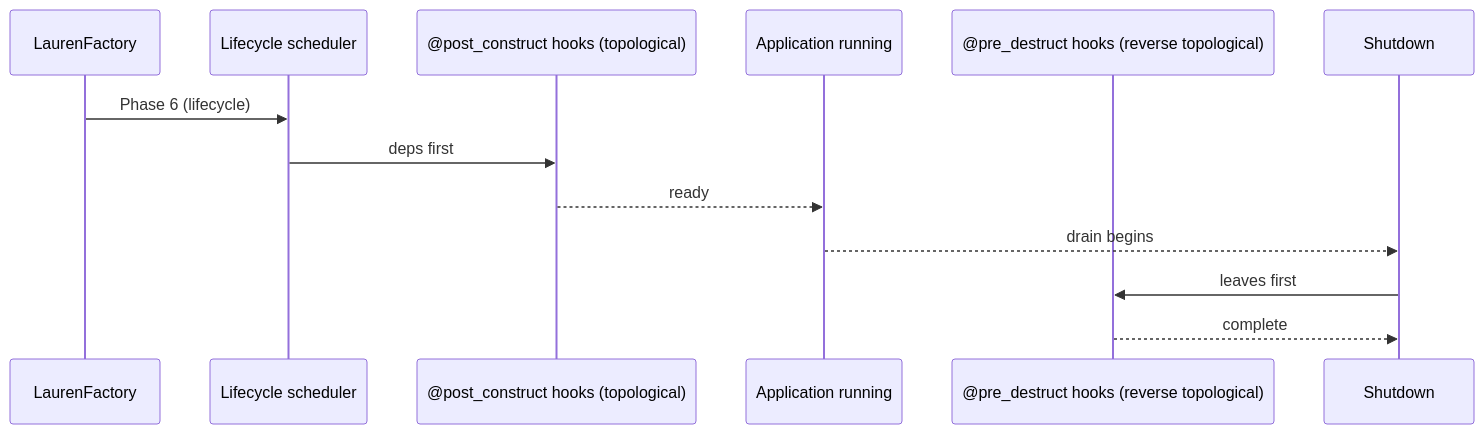
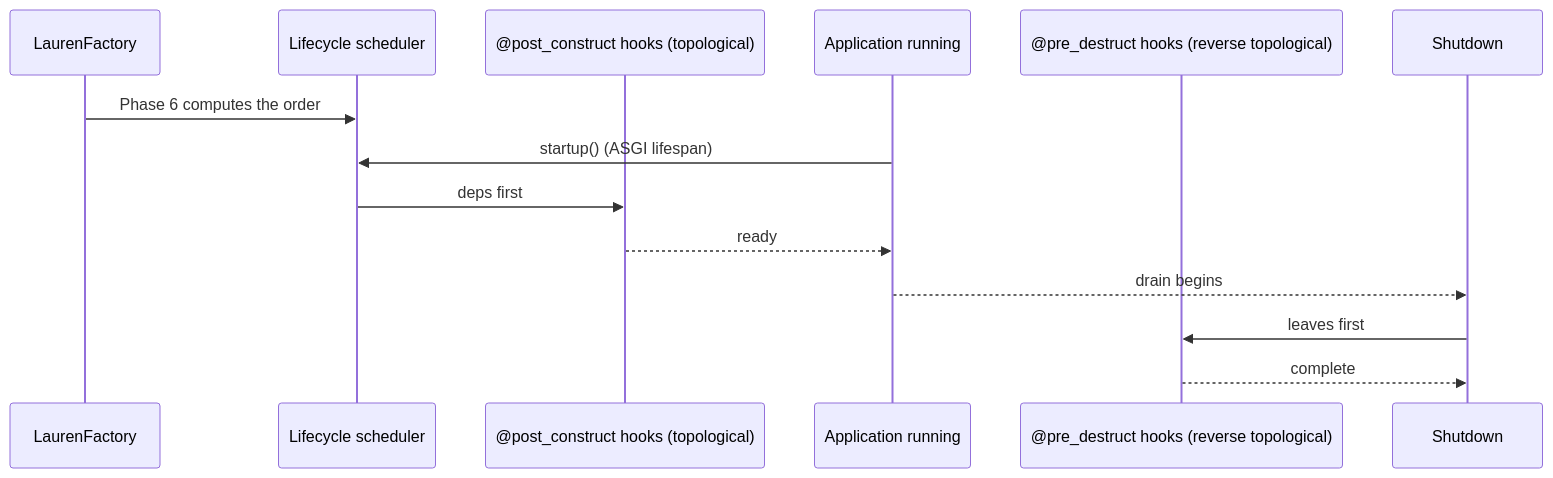
One commit to lauren-framework/lauren-framework changed the diagram in docs/core-concepts/lifecycle.md. Above: the diagram before and after it, drawn with Mermaid. The commit also changed other lines of this file and 114 other files, not shown here.

````diff
--- a/docs/core-concepts/lifecycle.md
+++ b/docs/core-concepts/lifecycle.md
@@ -25,16 +25,17 @@
 ```mermaid
 sequenceDiagram
     participant F as LaurenFactory
     participant L as Lifecycle scheduler
     participant A as @post_construct hooks (topological)
     participant App as Application running
     participant D as @pre_destruct hooks (reverse topological)
     participant S as Shutdown
 
-    F->>L: Phase 6 (lifecycle)
+    F->>L: Phase 6 computes the order
+    App->>L: startup() (ASGI lifespan)
     L->>A: deps first
     A-->>App: ready
     App-->>S: drain begins
     S->>D: leaves first
     D-->>S: complete
 ```
````
